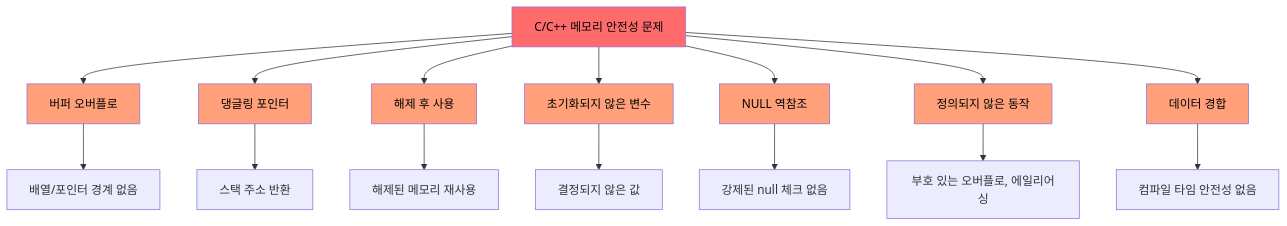
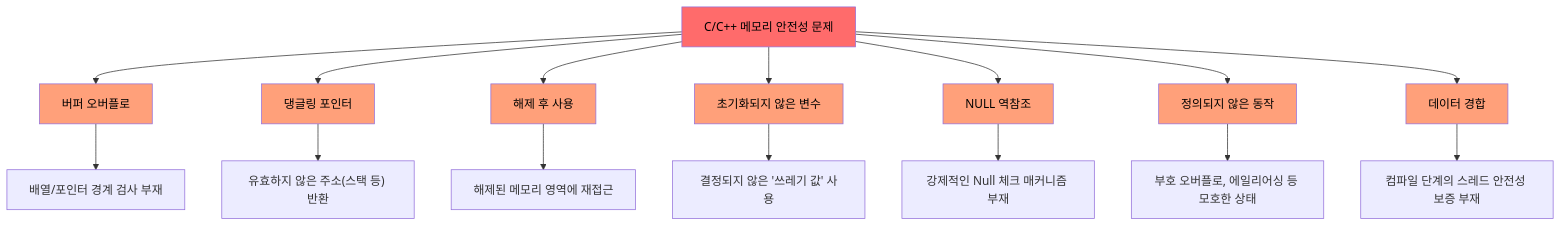
The first of 3 diagrams in c-cpp-book/src/ch01-1-why-c-cpp-developers-need-rust.md (partrita/RustTraining), drawn with Mermaid before and after one commit. The commit also changed other lines of this file and 157 other files, not shown here.

````diff
--- a/c-cpp-book/src/ch01-1-why-c-cpp-developers-need-rust.md
+++ b/c-cpp-book/src/ch01-1-why-c-cpp-developers-need-rust.md
@@ -100,27 +97,27 @@
 ```mermaid
 graph TD
     ROOT["C/C++ 메모리 안전성 문제"] --> BUF["버퍼 오버플로"]
     ROOT --> DANGLE["댕글링 포인터"]
     ROOT --> UAF["해제 후 사용"]
     ROOT --> UNINIT["초기화되지 않은 변수"]
     ROOT --> NULL["NULL 역참조"]
     ROOT --> UB["정의되지 않은 동작"]
     ROOT --> RACE["데이터 경합"]
 
-    BUF --> BUF1["배열/포인터 경계 없음"]
-    DANGLE --> DANGLE1["스택 주소 반환"]
-    UAF --> UAF1["해제된 메모리 재사용"]
-    UNINIT --> UNINIT1["결정되지 않은 값"]
-    NULL --> NULL1["강제된 null 체크 없음"]
-    UB --> UB1["부호 있는 오버플로, 에일리어싱"]
-    RACE --> RACE1["컴파일 타임 안전성 없음"]
+    BUF --> BUF1["배열/포인터 경계 검사 부재"]
+    DANGLE --> DANGLE1["유효하지 않은 주소(스택 등) 반환"]
+    UAF --> UAF1["해제된 메모리 영역에 재접근"]
+    UNINIT --> UNINIT1["결정되지 않은 '쓰레기 값' 사용"]
+    NULL --> NULL1["강제적인 Null 체크 매커니즘 부재"]
+    UB --> UB1["부호 오버플로, 에일리어싱 등 모호한 상태"]
+    RACE --> RACE1["컴파일 단계의 스레드 안전성 보증 부재"]
 
     style ROOT fill:#ff6b6b,color:#000
     style BUF fill:#ffa07a,color:#000
     style DANGLE fill:#ffa07a,color:#000
     style UAF fill:#ffa07a,color:#000
     style UNINIT fill:#ffa07a,color:#000
     style NULL fill:#ffa07a,color:#000
     style UB fill:#ffa07a,color:#000
     style RACE fill:#ffa07a,color:#000
 ```
````
